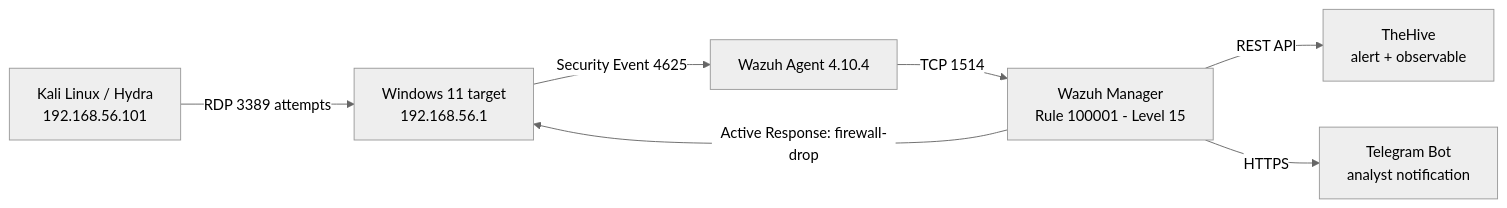
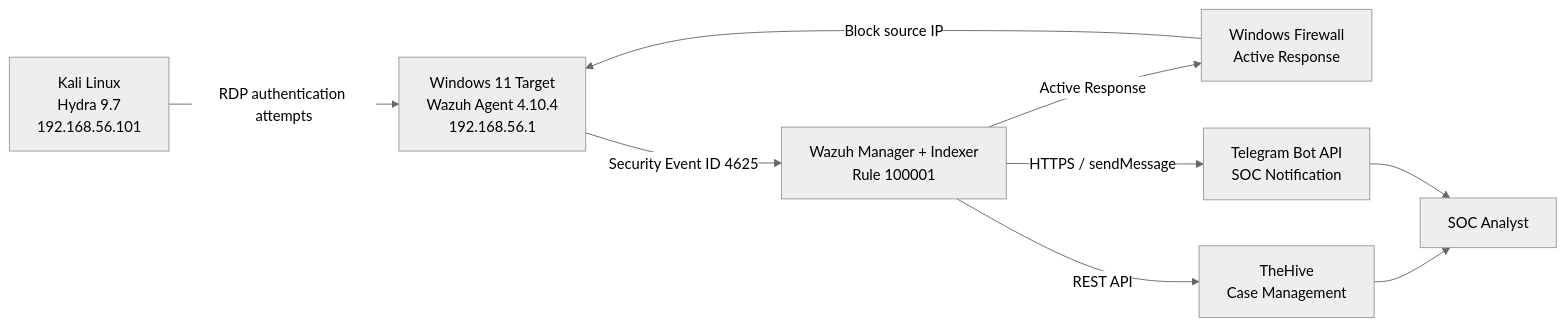
One commit to labibrahmattullah/My-Portofolio changed the diagram in SOC Labs/Project 1/README.md. Above: the diagram before and after it, drawn with Mermaid (neutral theme). The commit also changed other lines of this file, not shown here.

````diff
--- a/SOC Labs/Project 1/README.md
+++ b/SOC Labs/Project 1/README.md
@@ -47,9 +86,19 @@
 ```mermaid
 flowchart LR
-    A["Kali Linux / Hydra<br/>192.168.56.101"] -->|"RDP 3389 attempts"| B["Windows 11 target<br/>192.168.56.1"]
-    B -->|"Security Event 4625"| C["Wazuh Agent 4.10.4"]
-    C -->|"TCP 1514"| D["Wazuh Manager<br/>Rule 100001 - Level 15"]
-    D -->|"Active Response: firewall-drop"| B
-    D -->|"REST API"| E["TheHive<br/>alert + observable"]
-    D -->|"HTTPS"| F["Telegram Bot<br/>analyst notification"]
+    A["Kali Linux<br/>Hydra 9.7<br/>192.168.56.101"]
+    B["Windows 11 Target<br/>Wazuh Agent 4.10.4<br/>192.168.56.1"]
+    C["Wazuh Manager + Indexer<br/>Rule 100001"]
+    D["Windows Firewall<br/>Active Response"]
+    E["TheHive<br/>Case Management"]
+    F["Telegram Bot API<br/>SOC Notification"]
+    G["SOC Analyst"]
+
+    A -->|"RDP authentication attempts"| B
+    B -->|"Security Event ID 4625"| C
+    C -->|"Active Response"| D
+    D -->|"Block source IP"| B
+    C -->|"REST API"| E
+    C -->|"HTTPS / sendMessage"| F
+    E --> G
+    F --> G
 ```
````
